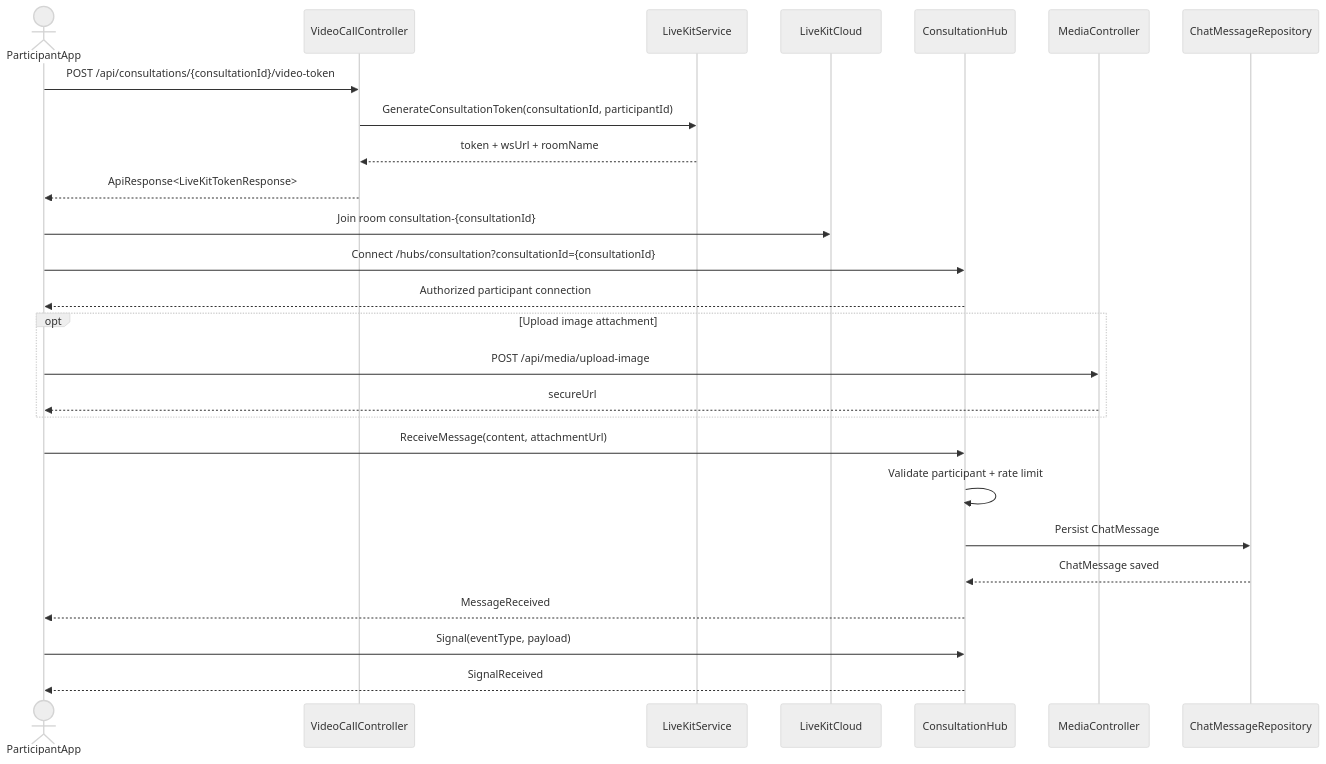
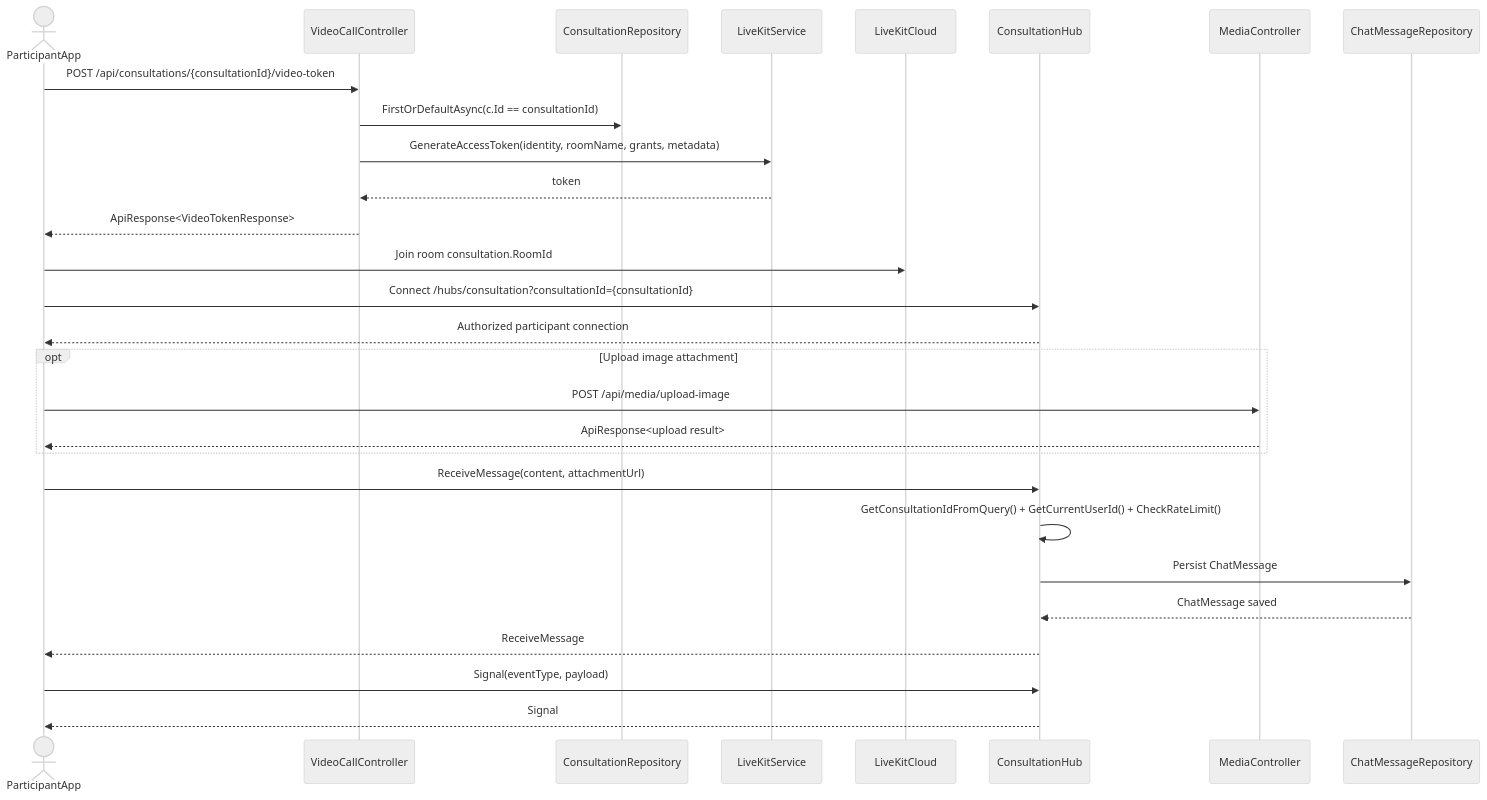
The sixth of 8 diagrams in Docs/11-SoftwareDocument/Report 5/SnakeAid Report4_Software Design Document.docx.md (Snake-AID/SnakeAid.Docs), drawn with Mermaid (neutral theme) before and after one commit. The commit also changed other lines of this file, not shown here.

Commit message:
docs(software-design): refine sequence diagrams and update method names for clarity and consistency

````diff
--- a/Docs/11-SoftwareDocument/Report 5/SnakeAid Report4_Software Design Document.docx.md
+++ b/Docs/11-SoftwareDocument/Report 5/SnakeAid Report4_Software Design Document.docx.md
@@ -677,33 +728,35 @@
 ```mermaid
 sequenceDiagram
     actor ParticipantApp
     participant VideoCallController
+    participant ConsultationRepository
     participant LiveKitService
     participant LiveKitCloud
     participant ConsultationHub
     participant MediaController
     participant ChatMessageRepository
 
     ParticipantApp->>VideoCallController: POST /api/consultations/{consultationId}/video-token
-    VideoCallController->>LiveKitService: GenerateConsultationToken(consultationId, participantId)
-    LiveKitService-->>VideoCallController: token + wsUrl + roomName
-    VideoCallController-->>ParticipantApp: ApiResponse<LiveKitTokenResponse>
-    ParticipantApp->>LiveKitCloud: Join room consultation-{consultationId}
+    VideoCallController->>ConsultationRepository: FirstOrDefaultAsync(c.Id == consultationId)
+    VideoCallController->>LiveKitService: GenerateAccessToken(identity, roomName, grants, metadata)
+    LiveKitService-->>VideoCallController: token
+    VideoCallController-->>ParticipantApp: ApiResponse<VideoTokenResponse>
+    ParticipantApp->>LiveKitCloud: Join room consultation.RoomId
 
     ParticipantApp->>ConsultationHub: Connect /hubs/consultation?consultationId={consultationId}
     ConsultationHub-->>ParticipantApp: Authorized participant connection
 
     opt Upload image attachment
         ParticipantApp->>MediaController: POST /api/media/upload-image
-        MediaController-->>ParticipantApp: secureUrl
+        MediaController-->>ParticipantApp: ApiResponse<upload result>
     end
 
     ParticipantApp->>ConsultationHub: ReceiveMessage(content, attachmentUrl)
-    ConsultationHub->>ConsultationHub: Validate participant + rate limit
+    ConsultationHub->>ConsultationHub: GetConsultationIdFromQuery() + GetCurrentUserId() + CheckRateLimit()
     ConsultationHub->>ChatMessageRepository: Persist ChatMessage
     ChatMessageRepository-->>ConsultationHub: ChatMessage saved
-    ConsultationHub-->>ParticipantApp: MessageReceived
+    ConsultationHub-->>ParticipantApp: ReceiveMessage
 
     ParticipantApp->>ConsultationHub: Signal(eventType, payload)
-    ConsultationHub-->>ParticipantApp: SignalReceived
+    ConsultationHub-->>ParticipantApp: Signal
 ```
````
